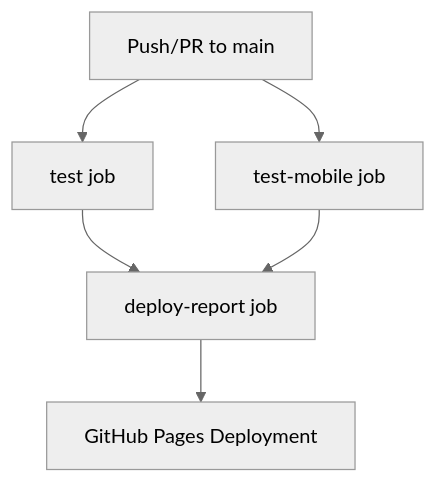
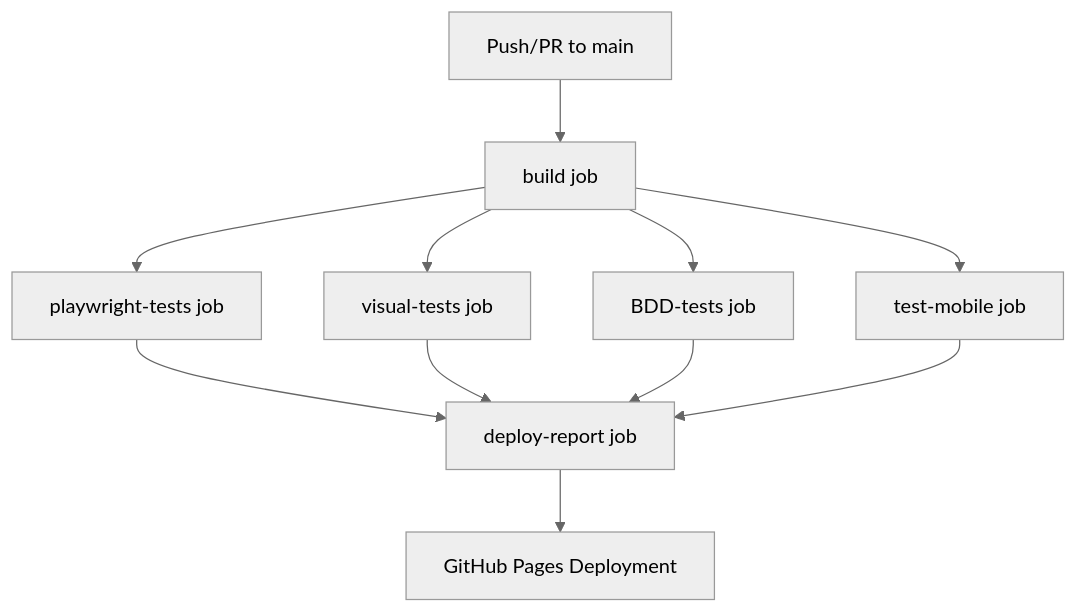
Before and after one commit to Sorina-dev/AI_Project_Playwright_Typescript_CICD_GithubAction: the diagram in docs/PIPELINE_GUIDE.md, drawn with Mermaid (neutral theme). The commit also changed other lines of this file and 1 other file, not shown here.

Commit message:
mobile commented

````diff
--- a/docs/PIPELINE_GUIDE.md
+++ b/docs/PIPELINE_GUIDE.md
@@ -10,8 +10,13 @@
 ```mermaid
 graph TD
-    A[Push/PR to main] --> B[test job]
-    A --> C[test-mobile job]
-    B --> D[deploy-report job]
-    C --> D
-    D --> E[GitHub Pages Deployment]
+    A[Push/PR to main] --> B[build job]
+    B --> C[playwright-tests job]
+    B --> D[visual-tests job] 
+    B --> E[BDD-tests job]
+    B --> F[test-mobile job]
+    C --> G[deploy-report job]
+    D --> G
+    E --> G
+    F --> G
+    G --> H[GitHub Pages Deployment]
 ```
````
